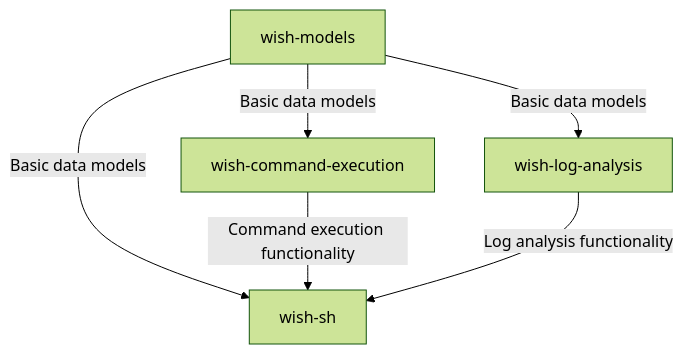
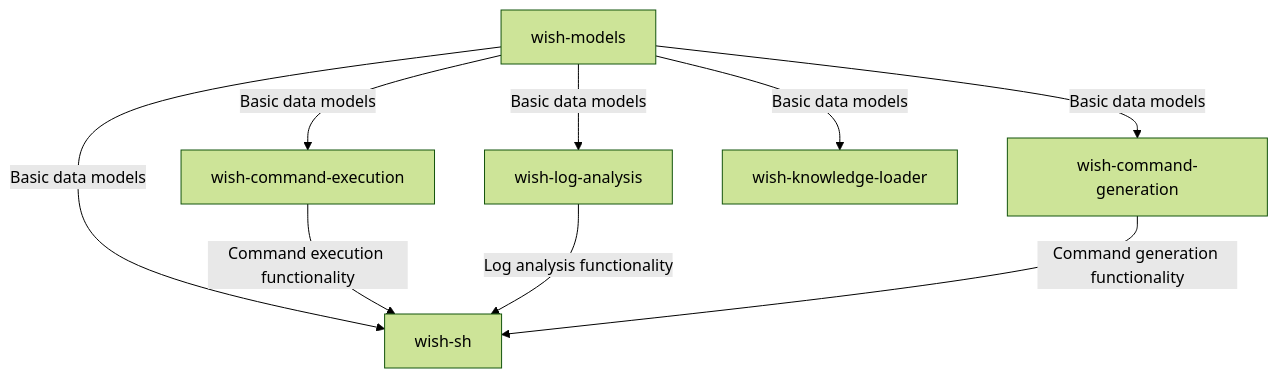
The first of 2 diagrams in docs/design.md (SecDev-Lab/wish), drawn with Mermaid (forest theme) before and after one commit. The commit also changed other lines of this file and 12 other files, not shown here.

````diff
--- a/docs/design.md
+++ b/docs/design.md
@@ -7,8 +7,11 @@
 ```mermaid
 graph TD
     A[wish-models] --> |Basic data models| B[wish-command-execution]
     A --> |Basic data models| C[wish-sh]
     A --> |Basic data models| D[wish-log-analysis]
+    A --> |Basic data models| E[wish-command-generation]
+    A --> |Basic data models| F[wish-knowledge-loader]
     B --> |Command execution functionality| C
     D --> |Log analysis functionality| C
+    E --> |Command generation functionality| C
 ```
````
